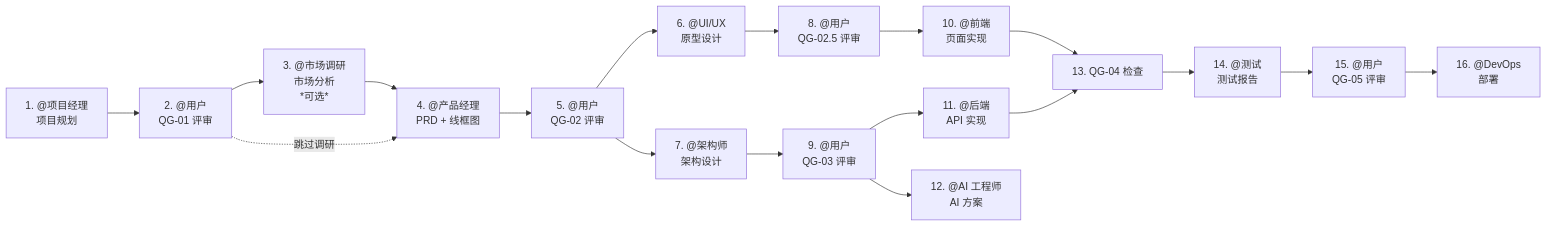
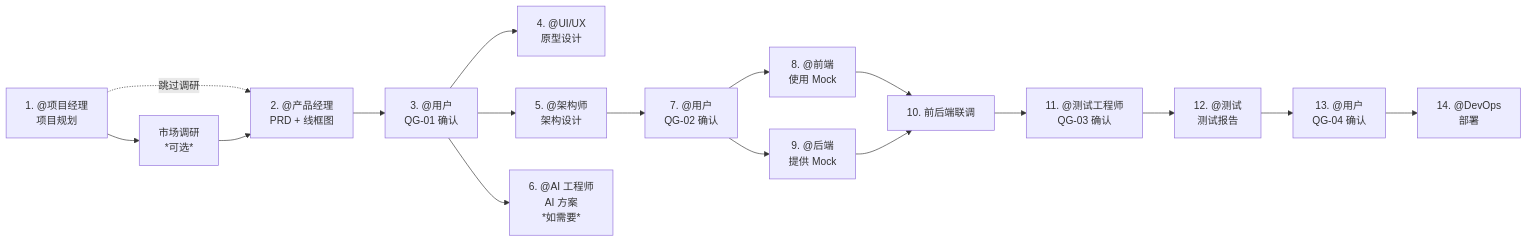
One commit to bignof/Agent-Team-Framework changed the diagram in README.md. Above: the diagram before and after it, drawn with Mermaid. The commit also changed other lines of this file and 20 other files, not shown here.

````diff
--- a/README.md
+++ b/README.md
@@ -59,20 +60,19 @@
 ```mermaid
 graph LR
-    A[1. @项目经理<br/>项目规划] --> B[2. @用户<br/>QG-01 评审]
-    B --> C[3. @市场调研<br/>市场分析<br/>*可选*]
-    C --> D[4. @产品经理<br/>PRD + 线框图]
-    B -.->|跳过调研 | D
-    D --> E[5. @用户<br/>QG-02 评审]
-    E --> F[6. @UI/UX<br/>原型设计]
-    E --> G[7. @架构师<br/>架构设计]
-    F --> H[8. @用户<br/>QG-02.5 评审]
-    G --> I[9. @用户<br/>QG-03 评审]
-    H --> J[10. @前端<br/>页面实现]
-    I --> K[11. @后端<br/>API 实现]
-    I --> L[12. @AI 工程师<br/>AI 方案]
-    J --> M[13. QG-04 检查]
+    A[1. @项目经理<br/>项目规划] --> C[市场调研<br/>*可选*]
+    A -.->|跳过调研| D
+    C --> D[2. @产品经理<br/>PRD + 线框图]
+    D --> QG1[3. @用户<br/>QG-01 确认]
+    QG1 --> F[4. @UI/UX<br/>原型设计]
+    QG1 --> G[5. @架构师<br/>架构设计]
+    QG1 --> L[6. @AI 工程师<br/>AI 方案<br/>*如需要*]
+    G --> QG2[7. @用户<br/>QG-02 确认]
+    QG2 --> J[8. @前端<br/>使用 Mock]
+    QG2 --> K[9. @后端<br/>提供 Mock]
+    J --> M[10. 前后端联调]
     K --> M
-    M --> N[14. @测试<br/>测试报告]
-    N --> O[15. @用户<br/>QG-05 评审]
-    O --> P[16. @DevOps<br/>部署]
+    M --> QG3[11. @测试工程师<br/>QG-03 确认]
+    QG3 --> N[12. @测试<br/>测试报告]
+    N --> QG4[13. @用户<br/>QG-04 确认]
+    QG4 --> P[14. @DevOps<br/>部署]
 ```
````
